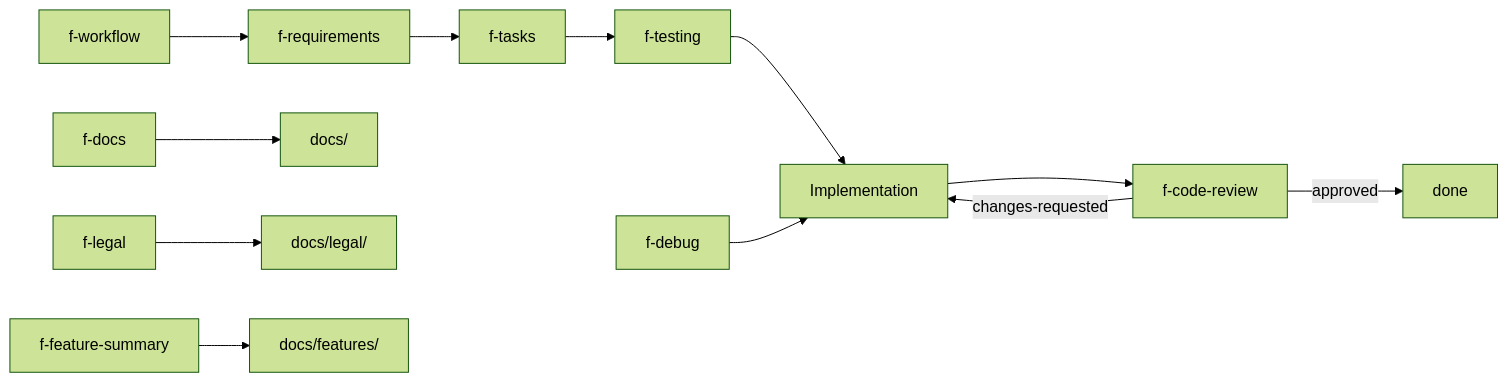
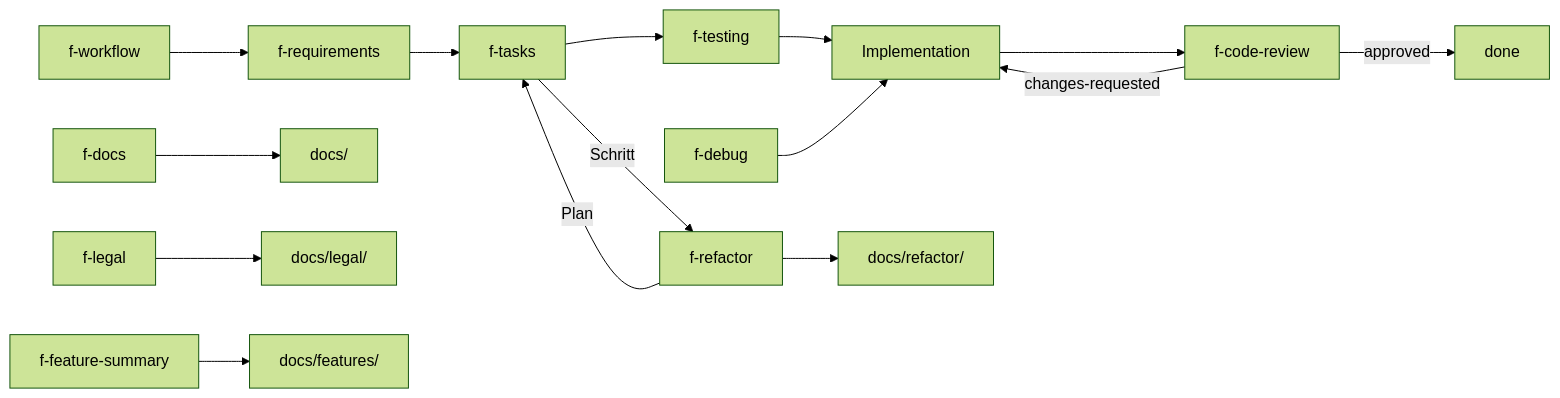
The diagram in docs/architecture.md (fuellner/acf), drawn with Mermaid (forest theme) before and after one commit. The commit also changed other lines of this file and 36 other files, not shown here.

````diff
--- a/docs/architecture.md
+++ b/docs/architecture.md
@@ -29,14 +31,17 @@
 ```mermaid
 flowchart LR
   A[f-workflow] --> B[f-requirements]
   B --> C[f-tasks]
   C --> D[f-testing]
   D --> E[Implementation]
   E --> F[f-code-review]
   F -->|changes-requested| E
   F -->|approved| G[done]
   H[f-debug] --> E
   I[f-docs] --> J[docs/]
   K[f-legal] --> L[docs/legal/]
   M[f-feature-summary] --> N[docs/features/]
+  O[f-refactor] --> P[docs/refactor/]
+  O -->|Plan| C
+  C -->|Schritt| O
 ```
````
